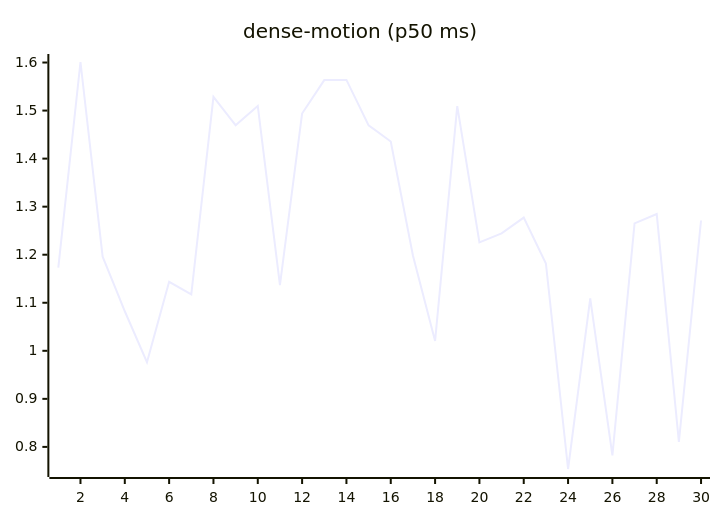
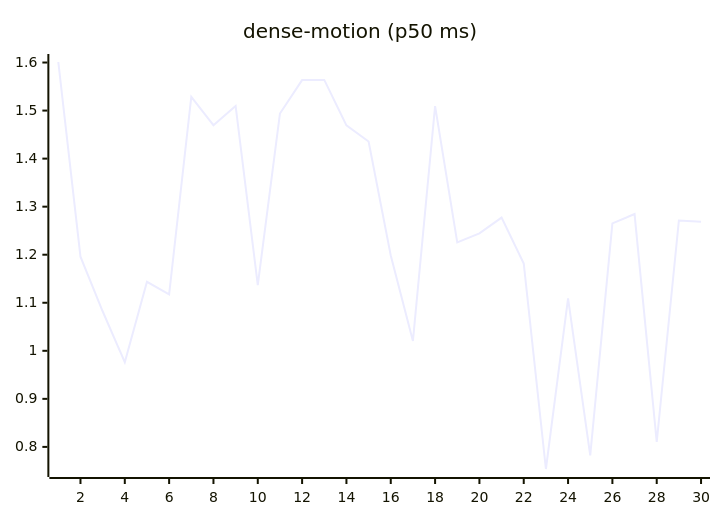
Before and after one commit to josha/Facet: the ninth of 27 diagrams in README.md, drawn with Mermaid. The commit also changed other lines of this file and 2 other files, not shown here.

````diff
--- a/README.md
+++ b/README.md
@@ -119,6 +119,6 @@
 ```mermaid
 xychart-beta
     title "dense-motion (p50 ms)"
     x-axis 1 --> 30
-    line [1.1733, 1.6011, 1.1959, 1.0823, 0.9763, 1.1436, 1.1174, 1.5286, 1.4695, 1.5096, 1.1365, 1.4939, 1.5634, 1.5638, 1.4692, 1.4355, 1.1984, 1.0205, 1.5093, 1.2258, 1.2445, 1.2773, 1.1817, 0.7540, 1.1093, 0.7822, 1.2651, 1.2846, 0.8102, 1.2712]
+    line [1.6011, 1.1959, 1.0823, 0.9763, 1.1436, 1.1174, 1.5286, 1.4695, 1.5096, 1.1365, 1.4939, 1.5634, 1.5638, 1.4692, 1.4355, 1.1984, 1.0205, 1.5093, 1.2258, 1.2445, 1.2773, 1.1817, 0.7540, 1.1093, 0.7822, 1.2651, 1.2846, 0.8102, 1.2712, 1.2688]
 ```
````
